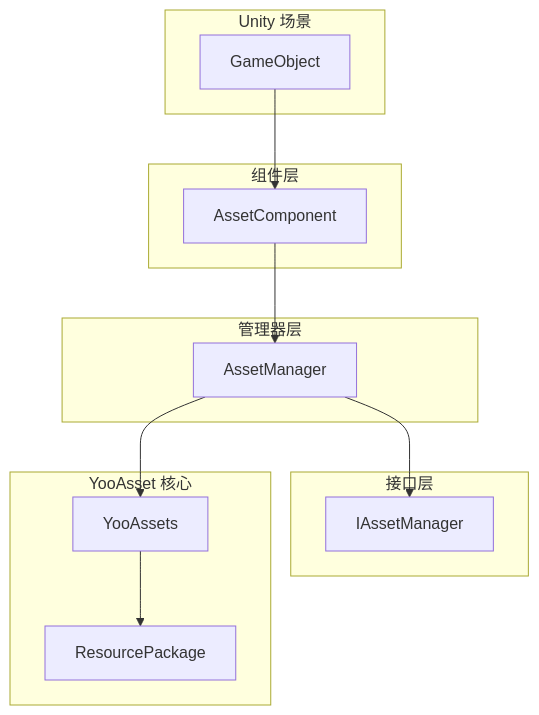
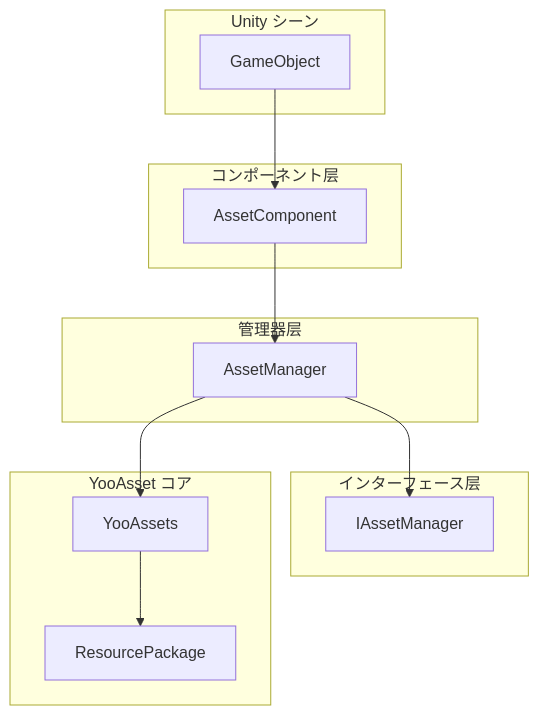
The first of 2 diagrams in docs/ja/client/unity/component/asset/03.getting-started.md (AlianBlank/GameFrameX.Docs), drawn with Mermaid before and after one commit. The commit also changed other lines of this file and 603 other files, not shown here.

````diff
--- a/docs/ja/client/unity/component/asset/03.getting-started.md
+++ b/docs/ja/client/unity/component/asset/03.getting-started.md
@@ -15,29 +15,29 @@
 ```mermaid
 flowchart TD
-    subgraph UnityScene["Unity 场景"]
+    subgraph UnityScene["Unity シーン"]
         GameObj[GameObject]
     end
 
-    subgraph ComponentLayer["组件层"]
+    subgraph ComponentLayer["コンポーネント层"]
         AC[AssetComponent]
     end
 
     subgraph ManagerLayer["管理器层"]
         AM[AssetManager]
     end
 
-    subgraph InterfaceLayer["接口层"]
+    subgraph InterfaceLayer["インターフェース层"]
         IAM[IAssetManager]
     end
 
-    subgraph YooAsset["YooAsset 核心"]
+    subgraph YooAsset["YooAsset コア"]
         YA[YooAssets]
         RP[ResourcePackage]
     end
 
     GameObj --> AC
     AC --> AM
     AM --> IAM
     AM --> YA
     YA --> RP
 ```
````
